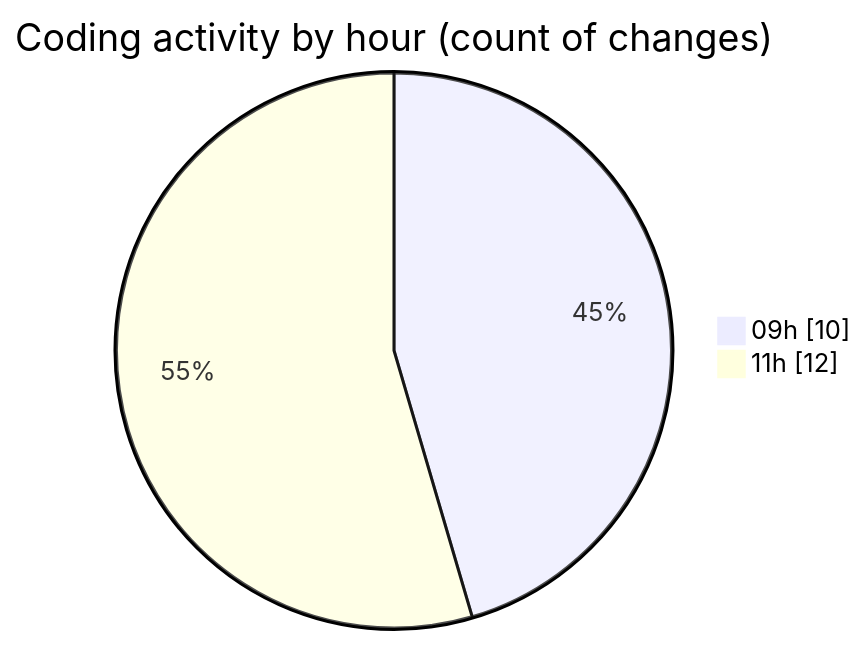
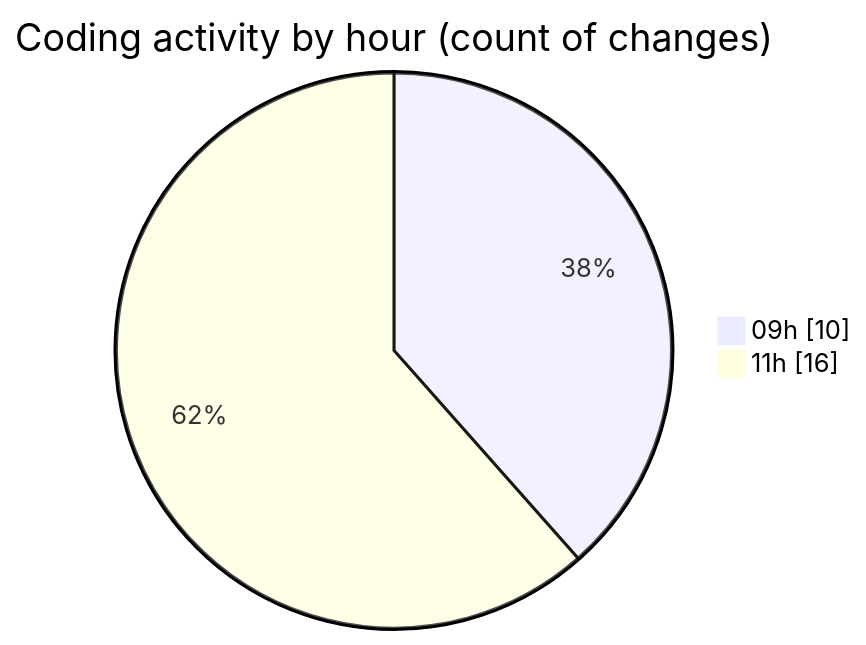
Before and after one commit to momahboobian/code-tracking: the second of 2 diagrams in 2026-05-07/cda/README.md, drawn with Mermaid. The commit also changed other lines of this file and 1 other file, not shown here.

````diff
--- a/2026-05-07/cda/README.md
+++ b/2026-05-07/cda/README.md
@@ -39,6 +42,6 @@
 ```mermaid
 pie showData
 title Coding activity by hour (count of changes)
 "09h" : 10
-"11h" : 12
+"11h" : 16
 ```
````
